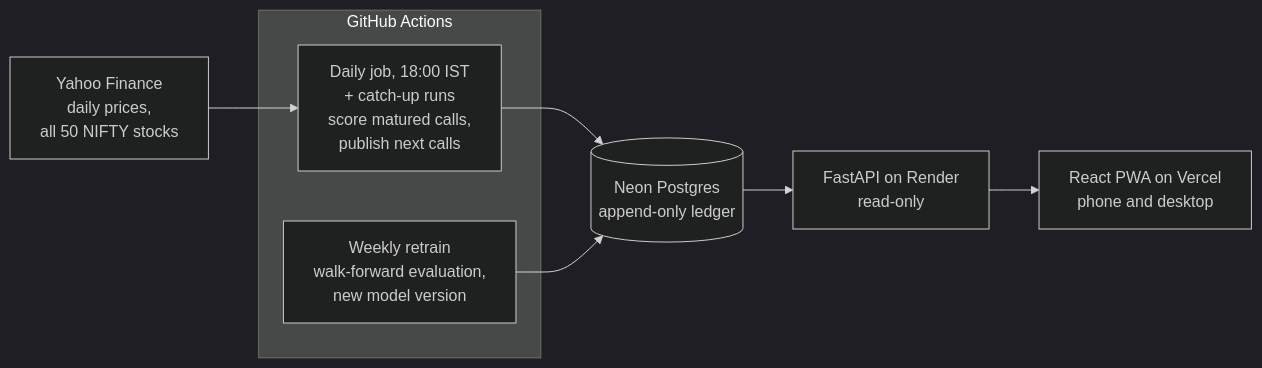
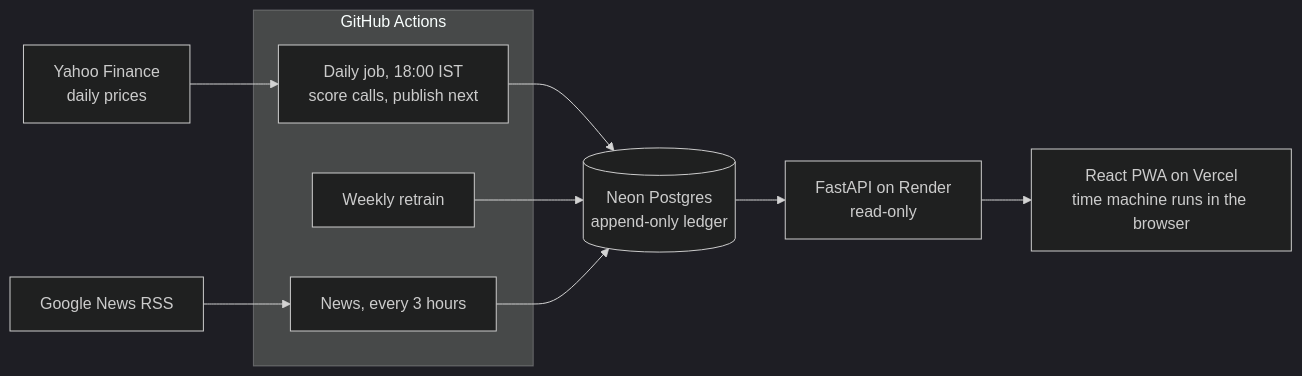
One commit to vanshajvr/parakh changed the diagram in README.md. Above: the diagram before and after it, drawn with Mermaid (dark theme). The commit also changed other lines of this file and 10 other files, not shown here.

````diff
--- a/README.md
+++ b/README.md
@@ -104,12 +82,13 @@
 ```mermaid
 flowchart LR
-    Y[Yahoo Finance<br/>daily prices,<br/>all 50 NIFTY stocks] --> D
+    Y[Yahoo Finance<br/>daily prices] --> D
+    G[Google News RSS] --> N
     subgraph GA[GitHub Actions]
-        D[Daily job, 18:00 IST<br/>+ catch-up runs<br/>score matured calls,<br/>publish next calls]
-        W[Weekly retrain<br/>walk-forward evaluation,<br/>new model version]
+        D[Daily job, 18:00 IST<br/>score calls, publish next]
+        W[Weekly retrain]
+        N[News, every 3 hours]
     end
-    D --> DB[(Neon Postgres<br/>append-only ledger)]
-    W --> DB
+    D & W & N --> DB[(Neon Postgres<br/>append-only ledger)]
     DB --> API[FastAPI on Render<br/>read-only]
-    API --> APP[React PWA on Vercel<br/>phone and desktop]
+    API --> APP[React PWA on Vercel<br/>time machine runs in the browser]
 ```
````
